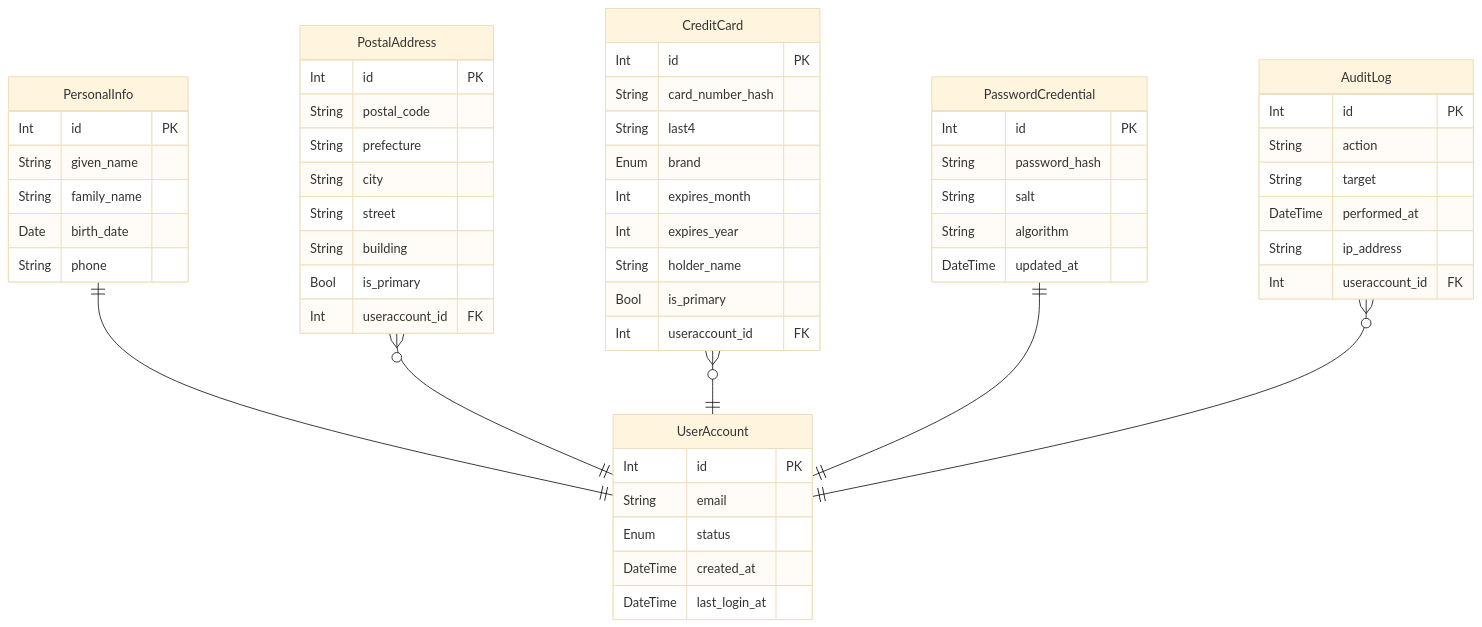
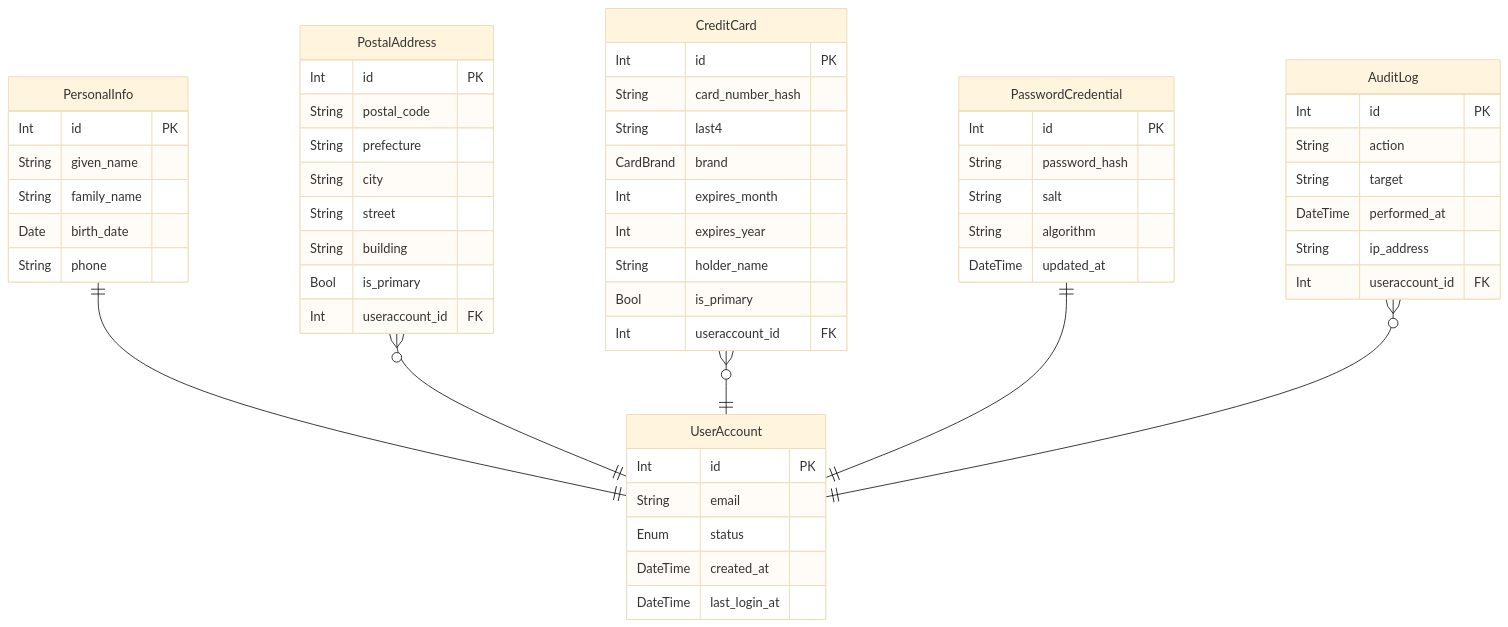
The diagram in samples/personal-info/out/er.mmd (manji-0/rdra-ish-dsl), drawn with Mermaid (base theme) before and after one commit. The commit also changed 12 other files, not shown here.

```diff
--- a/samples/personal-info/out/er.mmd
+++ b/samples/personal-info/out/er.mmd
@@ -1,56 +1,56 @@
 erDiagram
   AuditLog {
     Int id PK
     String action
     String target
     DateTime performed_at
     String ip_address
     Int useraccount_id FK
   }
   CreditCard {
     Int id PK
     String card_number_hash
     String last4
-    Enum brand
+    CardBrand brand
     Int expires_month
     Int expires_year
     String holder_name
     Bool is_primary
     Int useraccount_id FK
   }
   PasswordCredential {
     Int id PK
     String password_hash
     String salt
     String algorithm
     DateTime updated_at
   }
   PersonalInfo {
     Int id PK
     String given_name
     String family_name
     Date birth_date
     String phone
   }
   PostalAddress {
     Int id PK
     String postal_code
     String prefecture
     String city
     String street
     String building
     Bool is_primary
     Int useraccount_id FK
   }
   UserAccount {
     Int id PK
     String email
     Enum status
     DateTime created_at
     DateTime last_login_at
   }
   PersonalInfo ||--|| UserAccount : ""
   PostalAddress }o--|| UserAccount : ""
   CreditCard }o--|| UserAccount : ""
   PasswordCredential ||--|| UserAccount : ""
   AuditLog }o--|| UserAccount : ""
```
